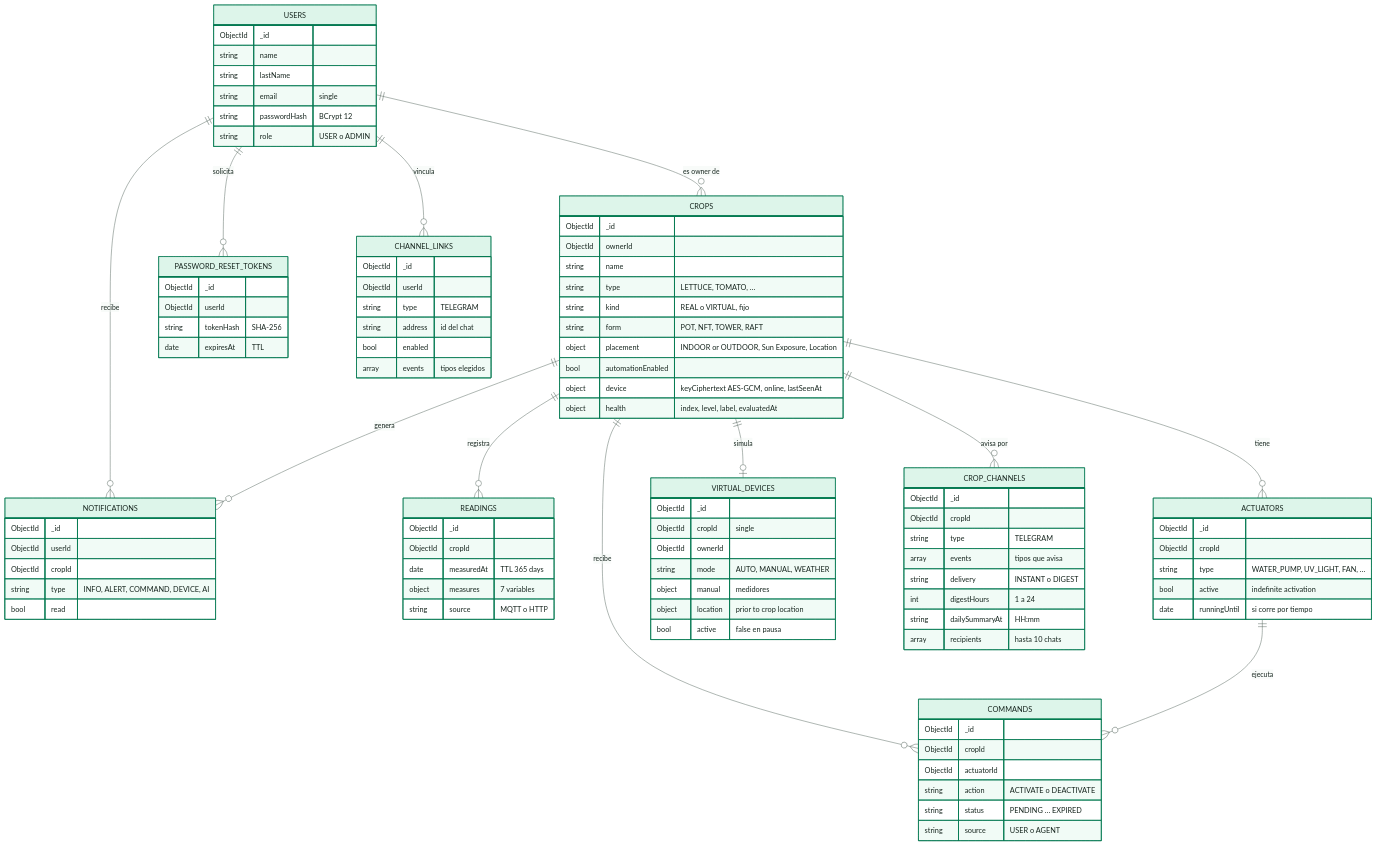
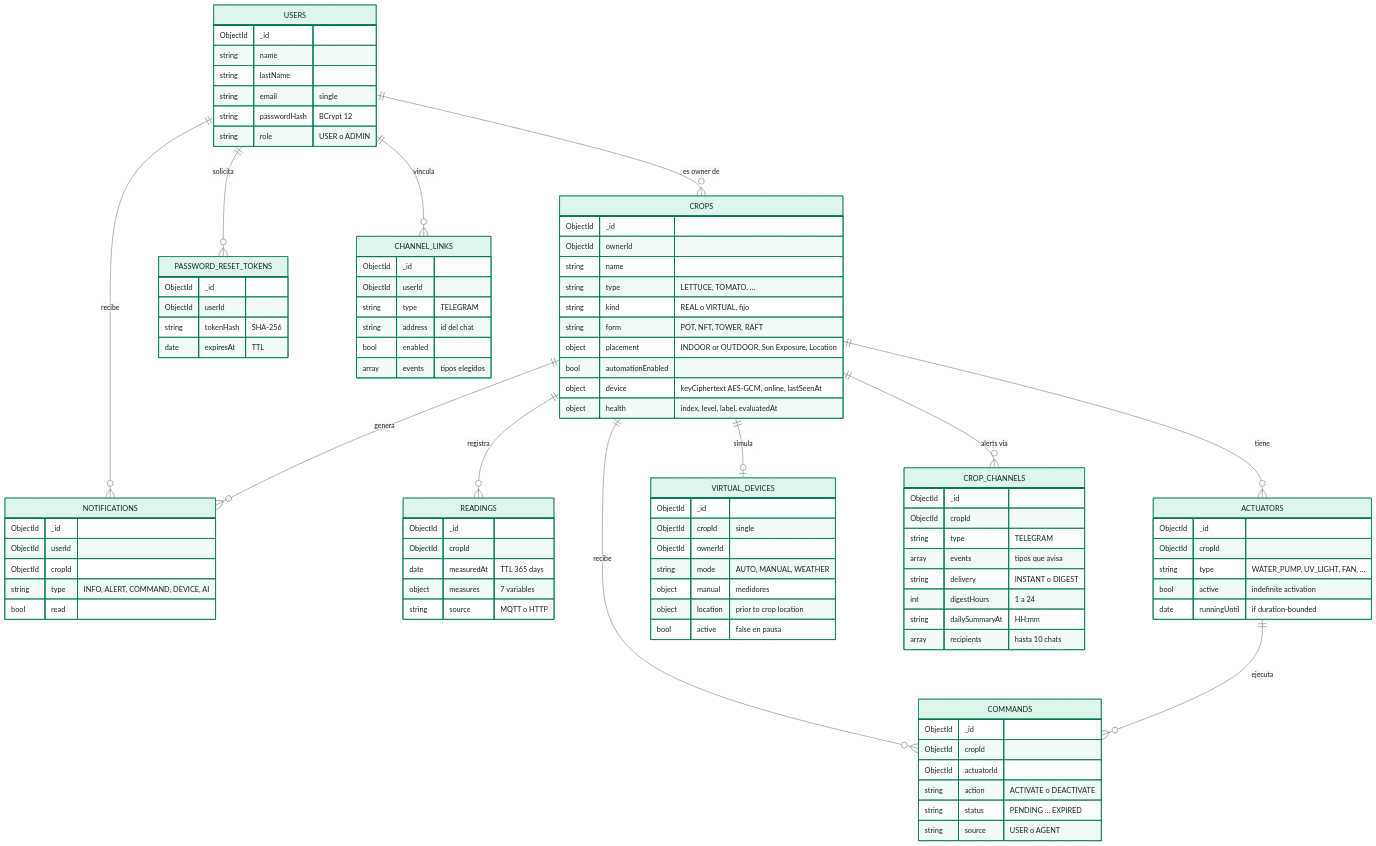
One commit to SmartPotTech/.github changed the eighth of 14 diagrams in docs/SmartPot_Technical_Documentation.md. Above: the diagram before and after it, drawn with Mermaid. The commit also changed other lines of this file and 78 other files, not shown here.

Commit message:
docs(architecture): update and standardize architecture diagrams via archify [skip deploy] #no-deploy

```diff
--- a/docs/SmartPot_Technical_Documentation.md
+++ b/docs/SmartPot_Technical_Documentation.md
@@ -445,7 +445,7 @@
   CROPS ||--o{ COMMANDS : "recibe"
   CROPS ||--o{ NOTIFICATIONS : "genera"
   CROPS ||--o| VIRTUAL_DEVICES : "simula"
-  CROPS ||--o{ CROP_CHANNELS : "avisa por"
+  CROPS ||--o{ CROP_CHANNELS : "alerts via"
   ACTUATORS ||--o{ COMMANDS : "ejecuta"
   USERS {
     ObjectId _id
@@ -479,7 +479,7 @@
     ObjectId cropId
     string type "WATER_PUMP, UV_LIGHT, FAN, …"
     bool active "indefinite activation"
-    date runningUntil "si corre por tiempo"
+    date runningUntil "if duration-bounded"
   }
   COMMANDS {
     ObjectId _id
```
